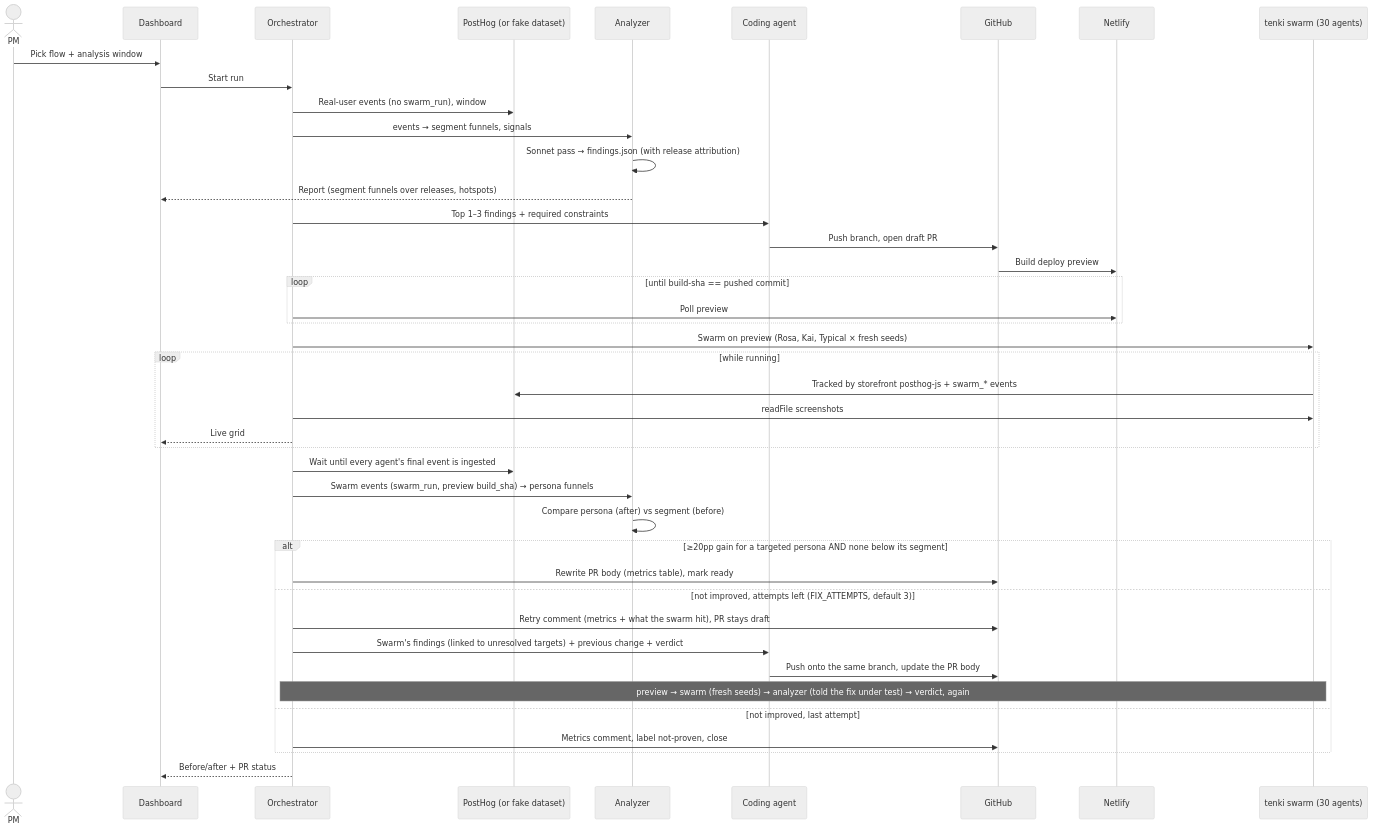
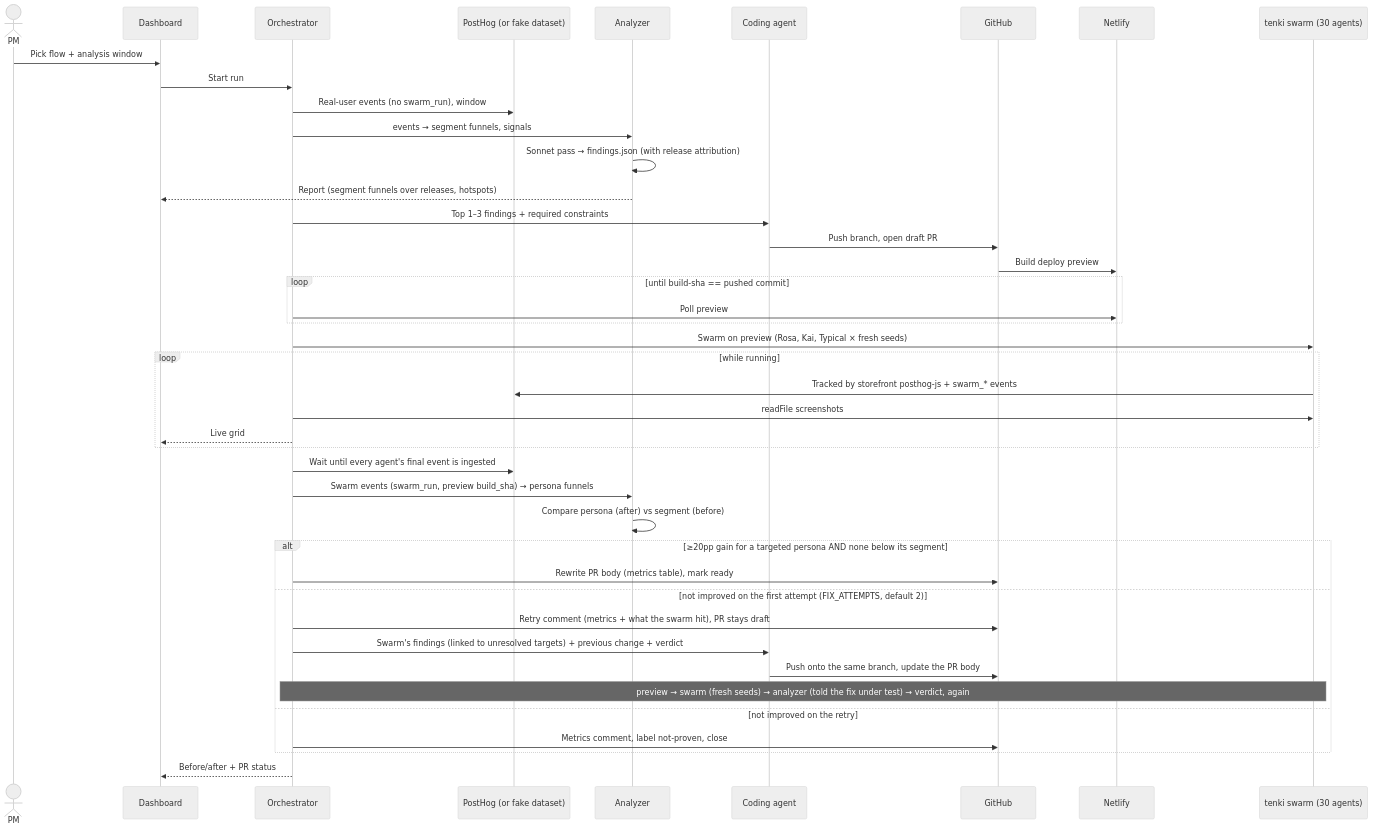
Before and after one commit to jbecerra73/build101_grupo16: the second of 2 diagrams in ARCHITECTURE.md, drawn with Mermaid (neutral theme). The commit also changed 3 other files, not shown here.

First line of the commit message:
Fix loop: one retry by default (FIX_ATTEMPTS=2)

````diff
--- a/ARCHITECTURE.md
+++ b/ARCHITECTURE.md
@@ -80,45 +80,45 @@
 ```mermaid
 sequenceDiagram
     actor PM
     participant D as Dashboard
     participant O as Orchestrator
     participant P as PostHog (or fake dataset)
     participant A as Analyzer
     participant C as Coding agent
     participant G as GitHub
     participant N as Netlify
     participant S as tenki swarm (30 agents)
 
     PM->>D: Pick flow + analysis window
     D->>O: Start run
     O->>P: Real-user events (no swarm_run), window
     O->>A: events → segment funnels, signals
     A->>A: Sonnet pass → findings.json (with release attribution)
     A-->>D: Report (segment funnels over releases, hotspots)
     O->>C: Top 1–3 findings + required constraints
     C->>G: Push branch, open draft PR
     G->>N: Build deploy preview
     loop until build-sha == pushed commit
         O->>N: Poll preview
     end
     O->>S: Swarm on preview (Rosa, Kai, Typical × fresh seeds)
     loop while running
         S->>P: Tracked by storefront posthog-js + swarm_* events
         O->>S: readFile screenshots
         O-->>D: Live grid
     end
     O->>P: Wait until every agent's final event is ingested
     O->>A: Swarm events (swarm_run, preview build_sha) → persona funnels
     A->>A: Compare persona (after) vs segment (before)
     alt ≥20pp gain for a targeted persona AND none below its segment
         O->>G: Rewrite PR body (metrics table), mark ready
-    else not improved, attempts left (FIX_ATTEMPTS, default 3)
+    else not improved on the first attempt (FIX_ATTEMPTS, default 2)
         O->>G: Retry comment (metrics + what the swarm hit), PR stays draft
         O->>C: Swarm's findings (linked to unresolved targets) + previous change + verdict
         C->>G: Push onto the same branch, update the PR body
         Note over O,S: preview → swarm (fresh seeds) → analyzer (told the fix under test) → verdict, again
-    else not improved, last attempt
+    else not improved on the retry
         O->>G: Metrics comment, label not-proven, close
     end
     O-->>D: Before/after + PR status
 ```
````
